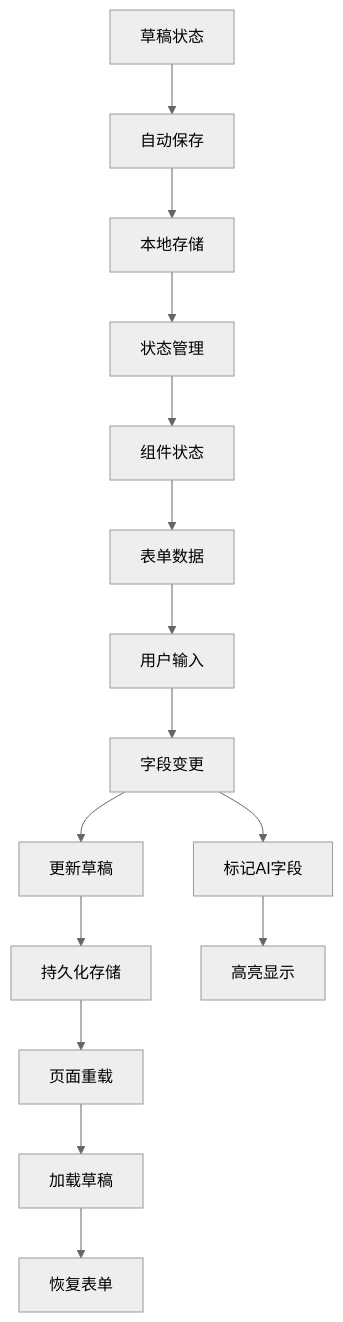
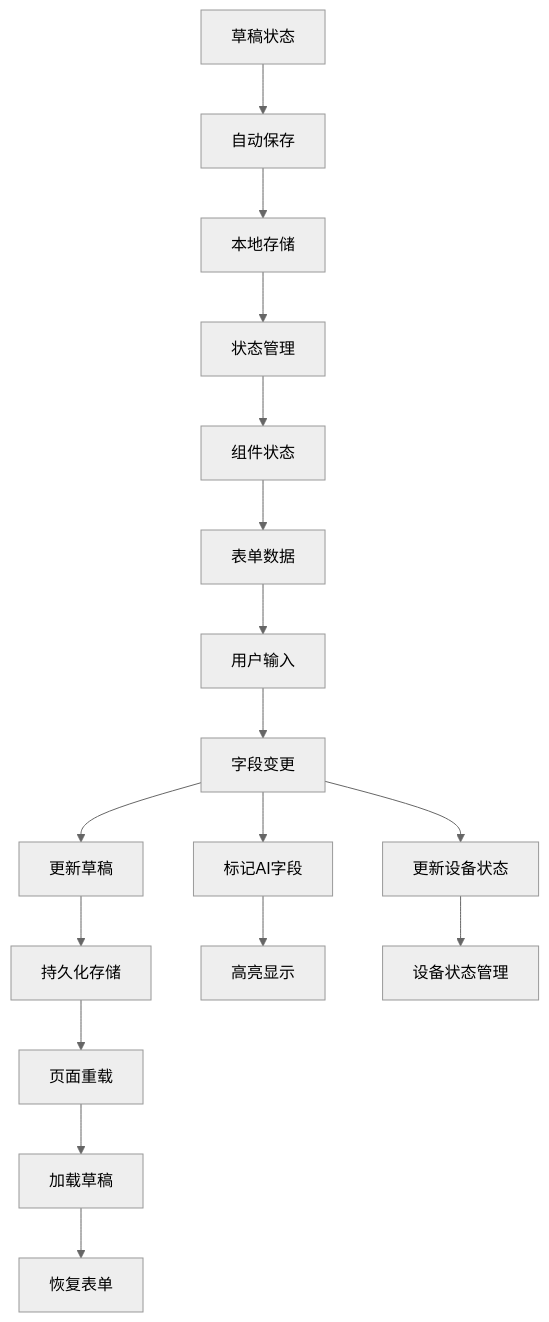
Before and after one commit to CubeEdge/Longhorn: diagram 15 of 35 in .qoder/repowiki/zh/content/TicketCreationModal 工单创建模态框.md, drawn with Mermaid (neutral theme). The commit also changed other lines of this file and 47 other files, not shown here.

````diff
--- a/.qoder/repowiki/zh/content/TicketCreationModal 工单创建模态框.md
+++ b/.qoder/repowiki/zh/content/TicketCreationModal 工单创建模态框.md
@@ -568,17 +861,19 @@
 ```mermaid
 flowchart TD
 Draft[草稿状态] --> AutoSave[自动保存]
 AutoSave --> LocalStorage[本地存储]
 LocalStorage --> Zustand[状态管理]
 Zustand --> Component[组件状态]
 Component --> Form[表单数据]
 Form --> UserInput[用户输入]
 UserInput --> FieldChange[字段变更]
 FieldChange --> UpdateDraft[更新草稿]
 UpdateDraft --> Persist[持久化存储]
 Persist --> Reload[页面重载]
 Reload --> LoadDraft[加载草稿]
 LoadDraft --> RestoreForm[恢复表单]
 FieldChange --> MarkGhost[标记AI字段]
 MarkGhost --> GhostFields[高亮显示]
+FieldChange --> UpdateDevice[更新设备状态]
+UpdateDevice --> DeviceState[设备状态管理]
 ```
````
